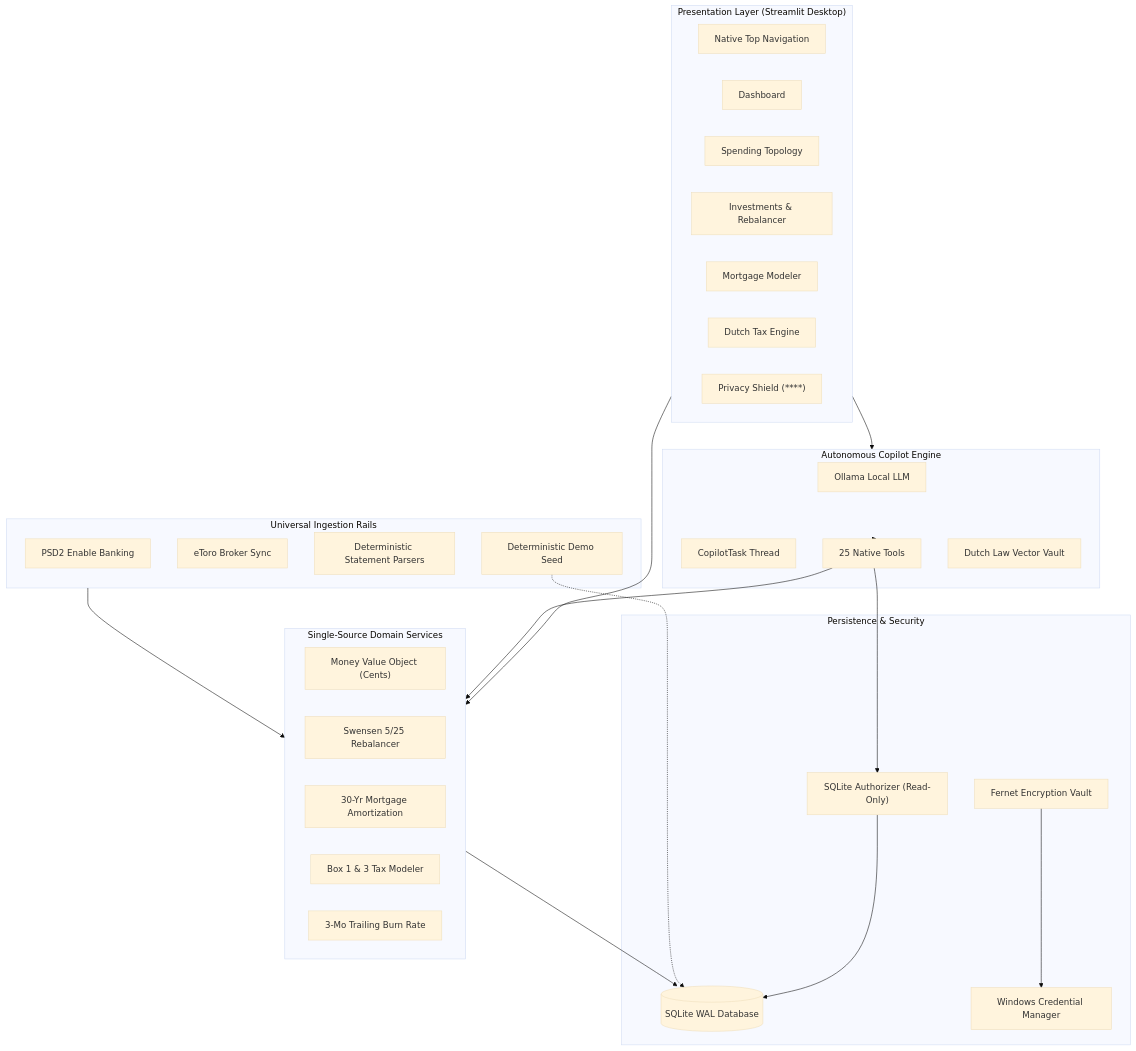
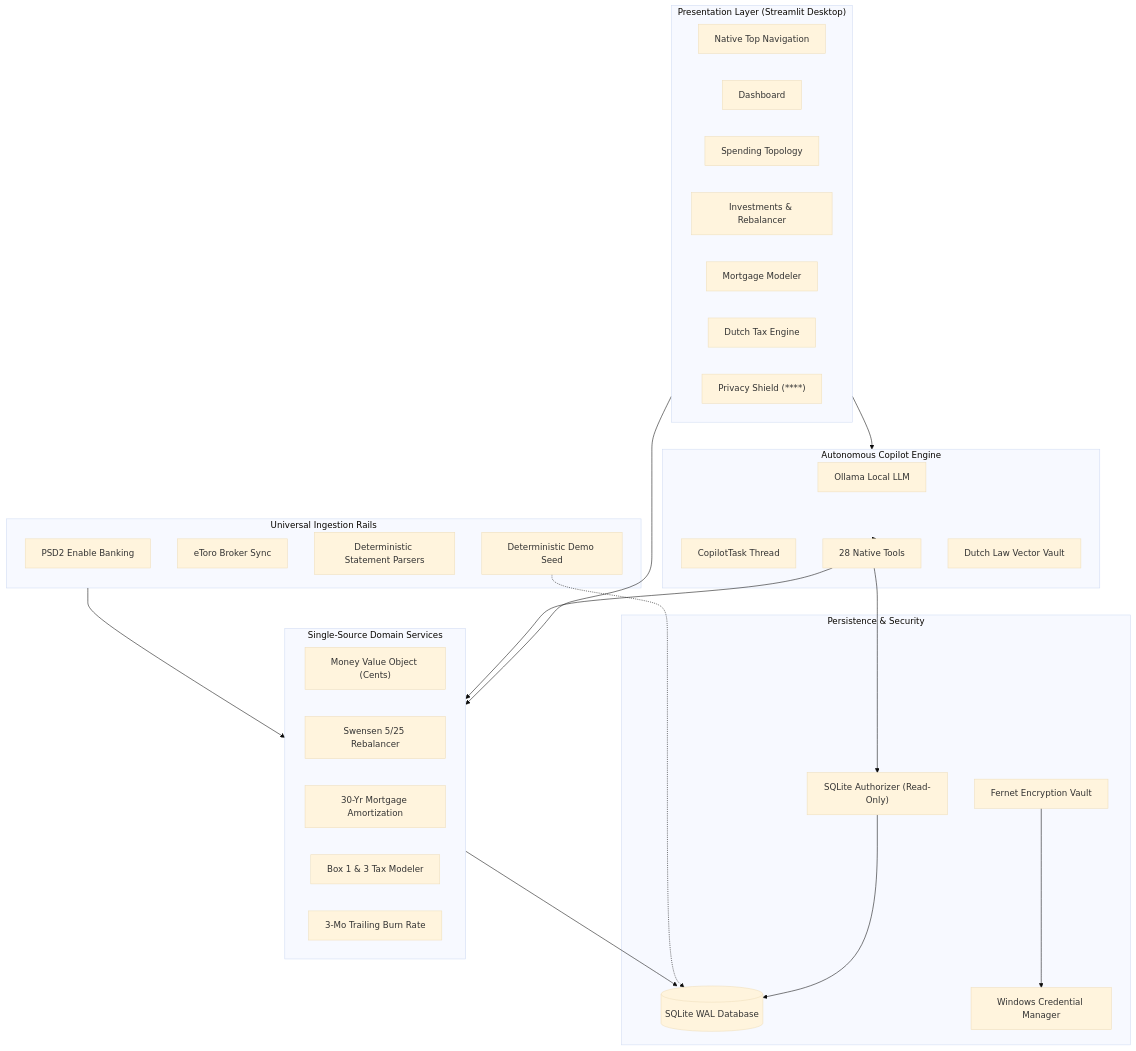
Before and after one commit to ayushj190/personal-finance-assistant: the diagram in README.md, drawn with Mermaid (base theme). The commit also changed other lines of this file and 54 other files, not shown here.

````diff
--- a/README.md
+++ b/README.md
@@ -40,52 +40,52 @@
 ```mermaid
 flowchart TD
     subgraph UI["Presentation Layer (Streamlit Desktop)"]
         Nav["Native Top Navigation"]
         Dash["Dashboard"]
         Spend["Spending Topology"]
         Invest["Investments & Rebalancer"]
         Mort["Mortgage Modeler"]
         Tax["Dutch Tax Engine"]
         Shield["Privacy Shield (****)"]
     end
 
     subgraph Agent["Autonomous Copilot Engine"]
         Copilot["Ollama Local LLM"]
         Task["CopilotTask Thread"]
-        Tools["25 Native Tools"]
+        Tools["28 Native Tools"]
         VaultRAG["Dutch Law Vector Vault"]
     end
 
     subgraph Domain["Single-Source Domain Services"]
         MoneyCore["Money Value Object (Cents)"]
         Rebal["Swensen 5/25 Rebalancer"]
         MortgageCalc["30-Yr Mortgage Amortization"]
         TaxCalc["Box 1 & 3 Tax Modeler"]
         BurnRate["3-Mo Trailing Burn Rate"]
     end
 
     subgraph Rails["Universal Ingestion Rails"]
         PSD2["PSD2 Enable Banking"]
         eToro["eToro Broker Sync"]
         Parsers["Deterministic Statement Parsers"]
         Seed["Deterministic Demo Seed"]
     end
 
     subgraph Storage["Persistence & Security"]
         AuthSQL["SQLite Authorizer (Read-Only)"]
         DB[("SQLite WAL Database")]
         Vault["Fernet Encryption Vault"]
         Keyring["Windows Credential Manager"]
     end
 
     UI --> Domain
     UI --> Agent
     Agent --> Tools
     Tools --> Domain
     Tools --> AuthSQL
     AuthSQL --> DB
     Rails --> Domain
     Domain --> DB
     Vault --> Keyring
     Seed -.-> DB
 ```
````
